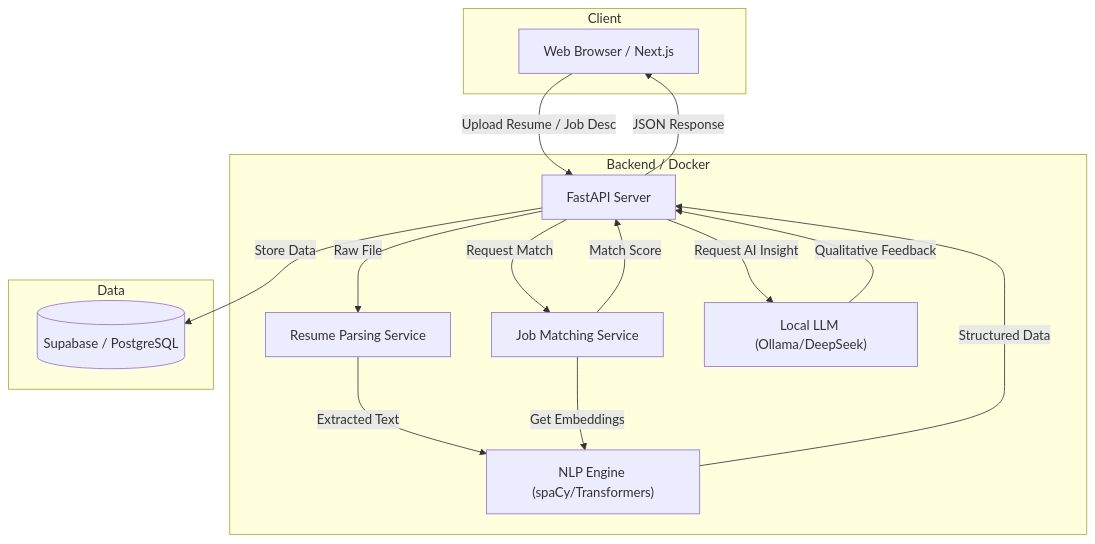
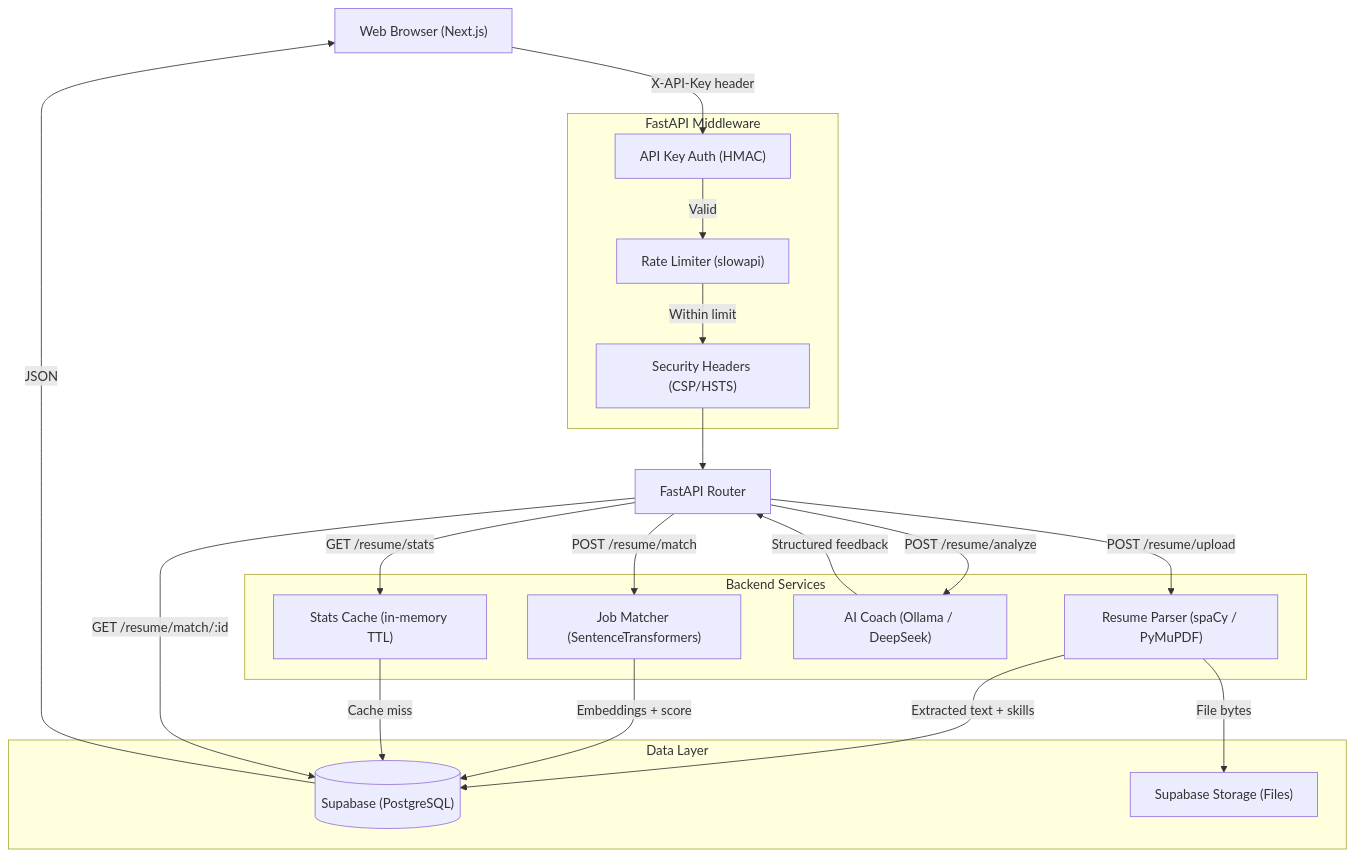
One commit to Clufy/resume_analyzer changed the diagram in README.md. Above: the diagram before and after it, drawn with Mermaid.

Commit message:
docs: Refactor system architecture diagram in README to include detailed middleware, specific services, and granular data flows.

````diff
--- a/README.md
+++ b/README.md
@@ -61,30 +61,44 @@
 ```mermaid
 graph TD
-    subgraph Client
-        Browser[Web Browser / Next.js]
+    Browser["Web Browser (Next.js)"]
+
+    subgraph Middleware ["FastAPI Middleware"]
+        Auth["API Key Auth (HMAC)"]
+        RL["Rate Limiter (slowapi)"]
+        Headers["Security Headers (CSP/HSTS)"]
     end
 
-    subgraph Server [Backend / Docker]
-        API[FastAPI Server]
-        Parser[Resume Parsing Service]
-        Matcher[Job Matching Service]
-        NLP["NLP Engine (spaCy/Transformers)"]
-        LLM["Local LLM (Ollama/DeepSeek)"]
+    subgraph Services ["Backend Services"]
+        Parser["Resume Parser (spaCy / PyMuPDF)"]
+        Matcher["Job Matcher (SentenceTransformers)"]
+        LLM["AI Coach (Ollama / DeepSeek)"]
+        Cache["Stats Cache (in-memory TTL)"]
     end
 
-    subgraph Data
-        DB[(Supabase / PostgreSQL)]
+    subgraph Data ["Data Layer"]
+        DB[("Supabase (PostgreSQL)")]
+        Storage["Supabase Storage (Files)"]
     end
 
-    Browser -->|Upload Resume / Job Desc| API
-    API -->|Raw File| Parser
-    Parser -->|Extracted Text| NLP
-    NLP -->|Structured Data| API
-    API -->|Store Data| DB
-    API -->|Request Match| Matcher
-    Matcher -->|Get Embeddings| NLP
-    Matcher -->|Match Score| API
-    API -->|Request AI Insight| LLM
-    LLM -->|Qualitative Feedback| API
-    API -->|JSON Response| Browser
+    Browser -->|"X-API-Key header"| Auth
+    Auth -->|Valid| RL
+    RL -->|Within limit| Headers
+    Headers --> Router["FastAPI Router"]
+
+    Router -->|"POST /resume/upload"| Parser
+    Parser -->|Extracted text + skills| DB
+    Parser -->|File bytes| Storage
+
+    Router -->|"POST /resume/match"| Matcher
+    Matcher -->|Embeddings + score| DB
+
+    Router -->|"POST /resume/analyze"| LLM
+    LLM -->|Structured feedback| Router
+
+    Router -->|"GET /resume/stats"| Cache
+    Cache -->|Cache miss| DB
+
+    Router -->|"GET /resume/match/:id"| DB
+
+    DB -->|JSON| Browser
 ```
````
